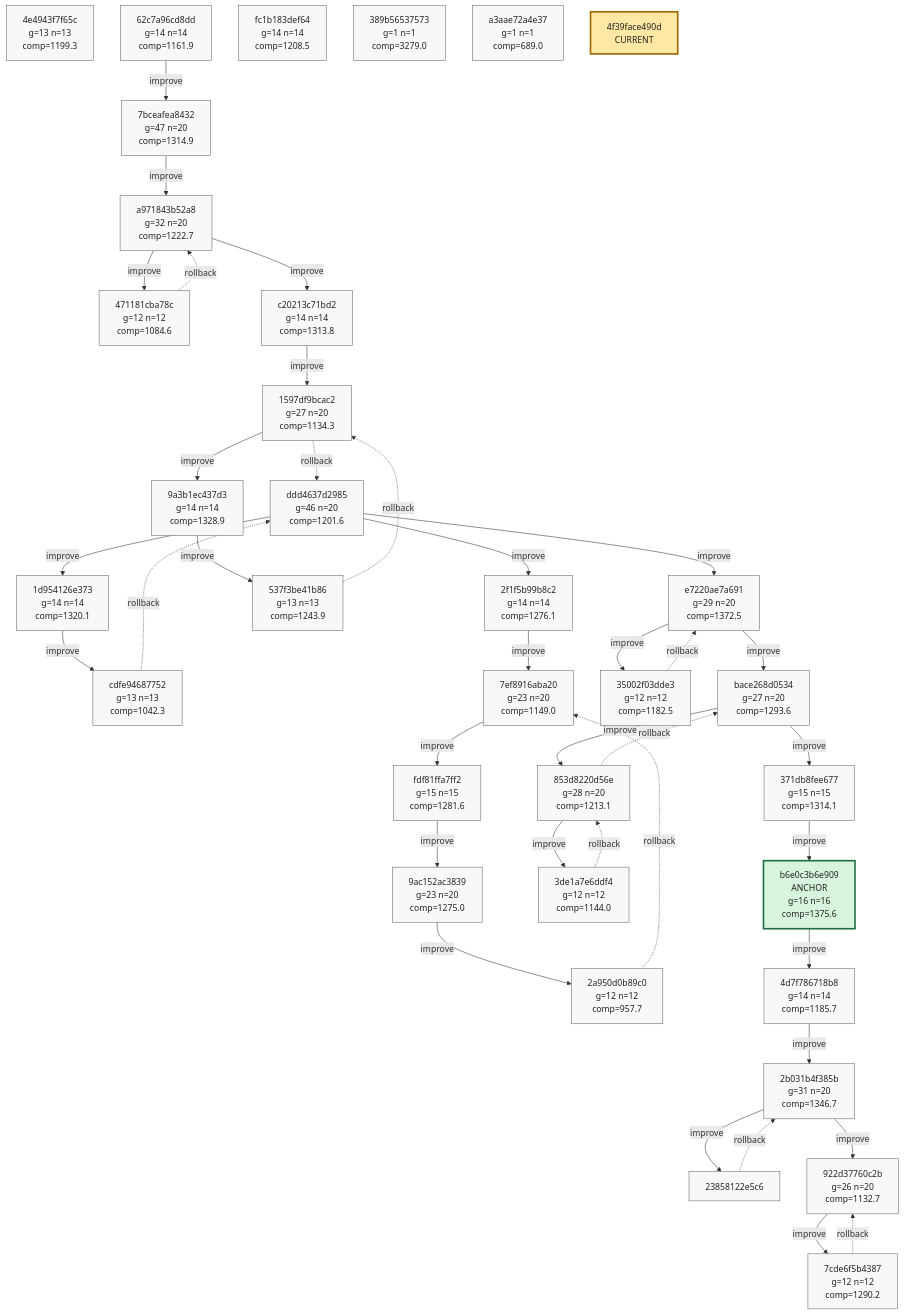
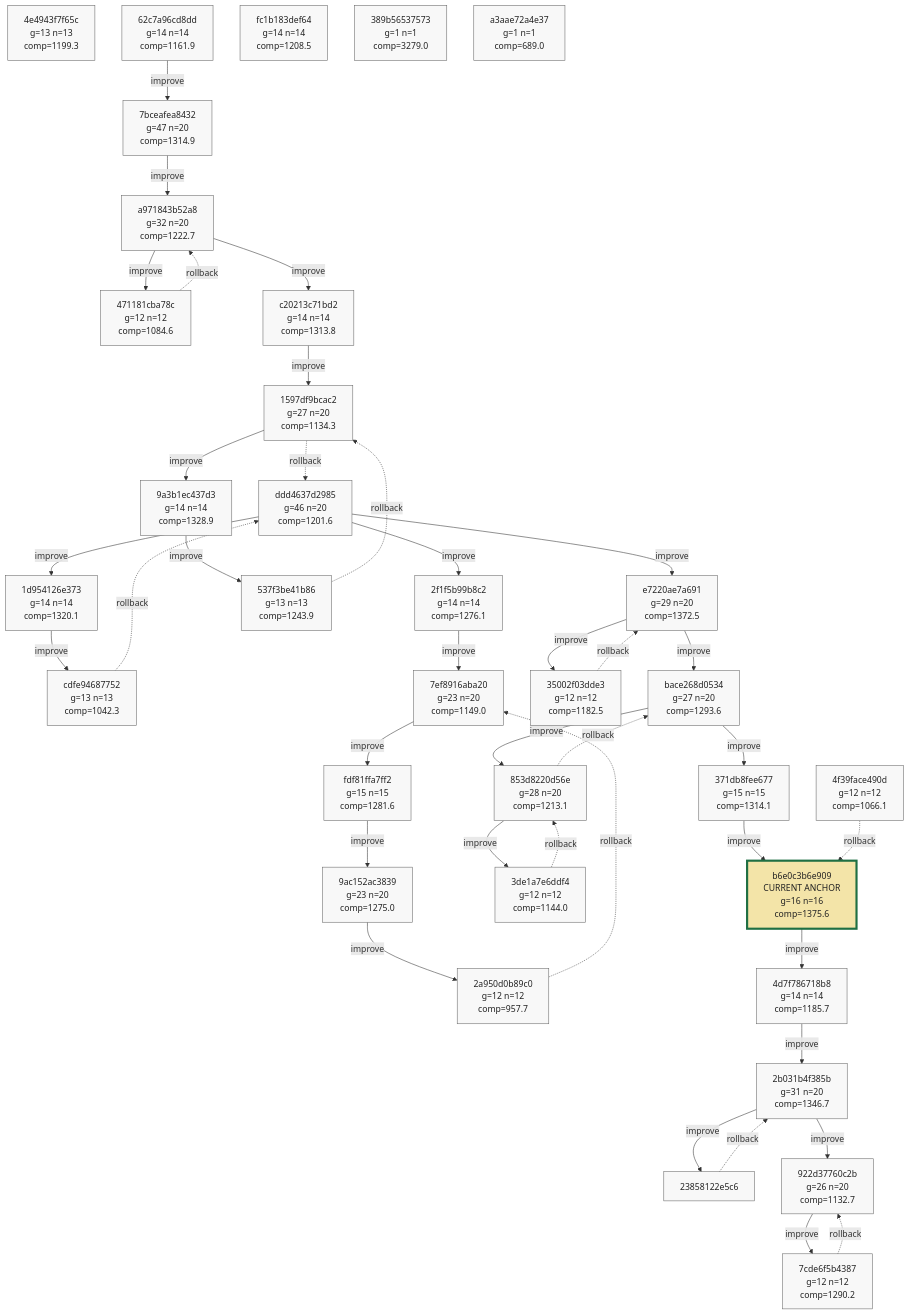
Before and after one commit to azumag/soviet_now: the ninth of 9 diagrams in phyrogenetic-tree.md, drawn with Mermaid. The commit also changed other lines of this file and 2 other files, not shown here.

````diff
--- a/phyrogenetic-tree.md
+++ b/phyrogenetic-tree.md
@@ -2268,16 +2269,16 @@
     h_853d8220d56e["853d8220d56e<br/>g=28 n=20<br/>comp=1213.1"]
     h_3de1a7e6ddf4["3de1a7e6ddf4<br/>g=12 n=12<br/>comp=1144.0"]
     h_371db8fee677["371db8fee677<br/>g=15 n=15<br/>comp=1314.1"]
-    h_b6e0c3b6e909["b6e0c3b6e909<br/>ANCHOR<br/>g=16 n=16<br/>comp=1375.6"]
+    h_b6e0c3b6e909["b6e0c3b6e909<br/>CURRENT ANCHOR<br/>g=16 n=16<br/>comp=1375.6"]
     h_4d7f786718b8["4d7f786718b8<br/>g=14 n=14<br/>comp=1185.7"]
     h_2b031b4f385b["2b031b4f385b<br/>g=31 n=20<br/>comp=1346.7"]
     h_23858122e5c6["23858122e5c6"]
     h_922d37760c2b["922d37760c2b<br/>g=26 n=20<br/>comp=1132.7"]
     h_7cde6f5b4387["7cde6f5b4387<br/>g=12 n=12<br/>comp=1290.2"]
     h_fc1b183def64["fc1b183def64<br/>g=14 n=14<br/>comp=1208.5"]
+    h_4f39face490d["4f39face490d<br/>g=12 n=12<br/>comp=1066.1"]
     h_389b56537573["389b56537573<br/>g=1 n=1<br/>comp=3279.0"]
     h_a3aae72a4e37["a3aae72a4e37<br/>g=1 n=1<br/>comp=689.0"]
-    h_4f39face490d["4f39face490d<br/>CURRENT"]
 
     h_ddd4637d2985 -->|improve| h_1d954126e373
     h_1d954126e373 -->|improve| h_cdfe94687752
@@ -2315,6 +2316,7 @@
     h_2b031b4f385b -->|improve| h_922d37760c2b
     h_922d37760c2b -->|improve| h_7cde6f5b4387
     h_7cde6f5b4387 -. rollback .-> h_922d37760c2b
+    h_4f39face490d -. rollback .-> h_b6e0c3b6e909
 
     classDef plain fill:#f8f8f8,stroke:#666,stroke-width:1px,color:#222;
     classDef current fill:#ffe8a3,stroke:#9a6700,stroke-width:3px,color:#222;
@@ -2344,14 +2346,14 @@
     class h_853d8220d56e plain;
     class h_3de1a7e6ddf4 plain;
     class h_371db8fee677 plain;
-    class h_b6e0c3b6e909 anchor;
+    class h_b6e0c3b6e909 current_anchor;
     class h_4d7f786718b8 plain;
     class h_2b031b4f385b plain;
     class h_23858122e5c6 plain;
     class h_922d37760c2b plain;
     class h_7cde6f5b4387 plain;
     class h_fc1b183def64 plain;
+    class h_4f39face490d plain;
     class h_389b56537573 plain;
     class h_a3aae72a4e37 plain;
-    class h_4f39face490d current;
 ```
````
